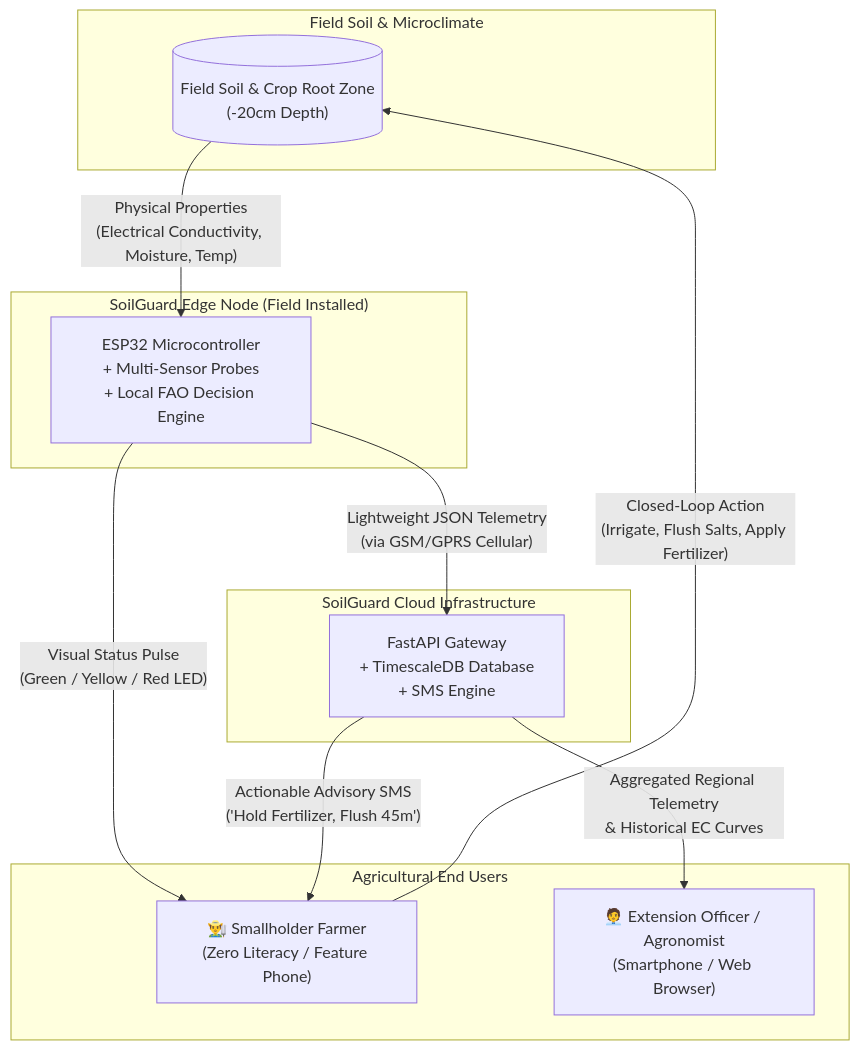
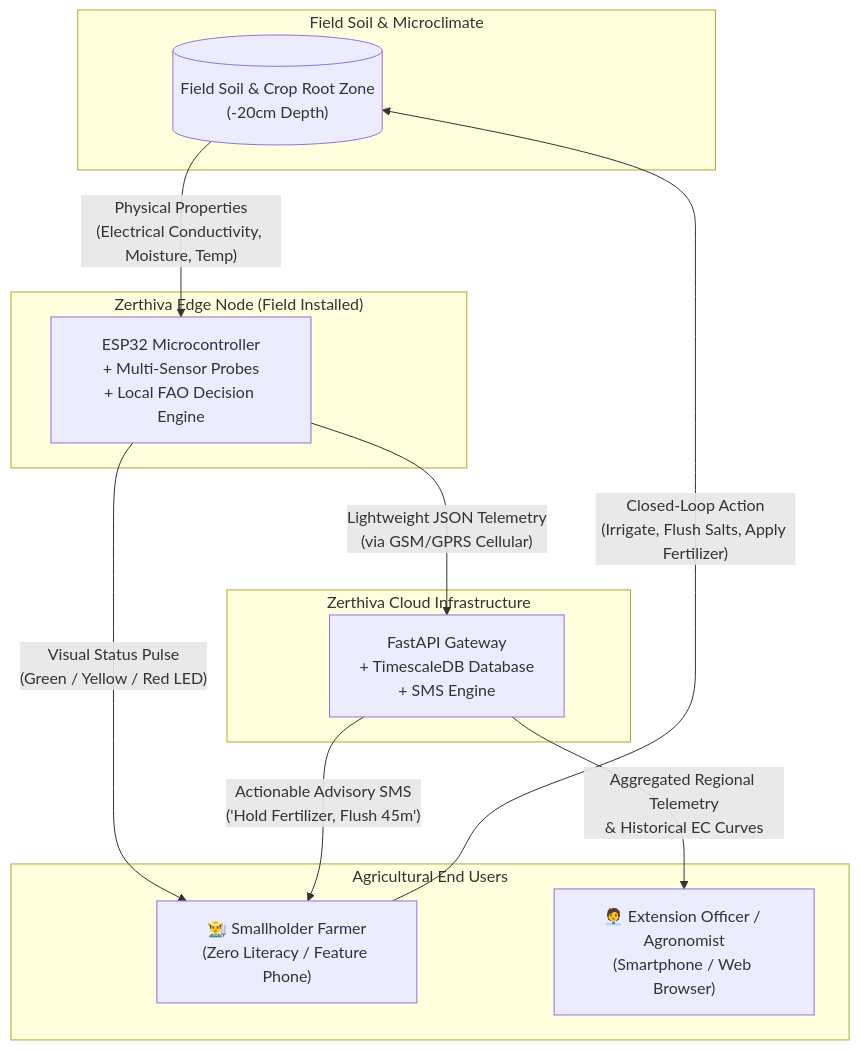
Before and after one commit to Collomut/Zerthiva: the first of 2 diagrams in docs/architecture/data_flow_diagrams.md, drawn with Mermaid. The commit also changed other lines of this file and 44 other files, not shown here.

Commit message:
Rename project from SoilGuard to Zerthiva across codebase, docs, and configs

````diff
--- a/docs/architecture/data_flow_diagrams.md
+++ b/docs/architecture/data_flow_diagrams.md
@@ -11,26 +11,26 @@
 ```mermaid
 flowchart TD
     subgraph Environment ["Field Soil & Microclimate"]
         SOIL[("Field Soil & Crop Root Zone\n(-20cm Depth)")]
     end
 
-    subgraph EdgeDevice ["SoilGuard Edge Node (Field Installed)"]
+    subgraph EdgeDevice ["Zerthiva Edge Node (Field Installed)"]
         NODE["ESP32 Microcontroller\n+ Multi-Sensor Probes\n+ Local FAO Decision Engine"]
     end
 
     subgraph Users ["Agricultural End Users"]
         FARMER["👨‍🌾 Smallholder Farmer\n(Zero Literacy / Feature Phone)"]
         OFFICER["🧑‍💼 Extension Officer / Agronomist\n(Smartphone / Web Browser)"]
     end
 
-    subgraph Cloud ["SoilGuard Cloud Infrastructure"]
+    subgraph Cloud ["Zerthiva Cloud Infrastructure"]
         BACKEND["FastAPI Gateway\n+ TimescaleDB Database\n+ SMS Engine"]
     end
 
     SOIL -->|"Physical Properties\n(Electrical Conductivity, Moisture, Temp)"| NODE
     NODE -->|"Visual Status Pulse\n(Green / Yellow / Red LED)"| FARMER
     NODE -->|"Lightweight JSON Telemetry\n(via GSM/GPRS Cellular)"| BACKEND
     BACKEND -->|"Actionable Advisory SMS\n('Hold Fertilizer, Flush 45m')"| FARMER
     BACKEND -->|"Aggregated Regional Telemetry\n& Historical EC Curves"| OFFICER
     FARMER -->|"Closed-Loop Action\n(Irrigate, Flush Salts, Apply Fertilizer)"| SOIL
 ```
````
